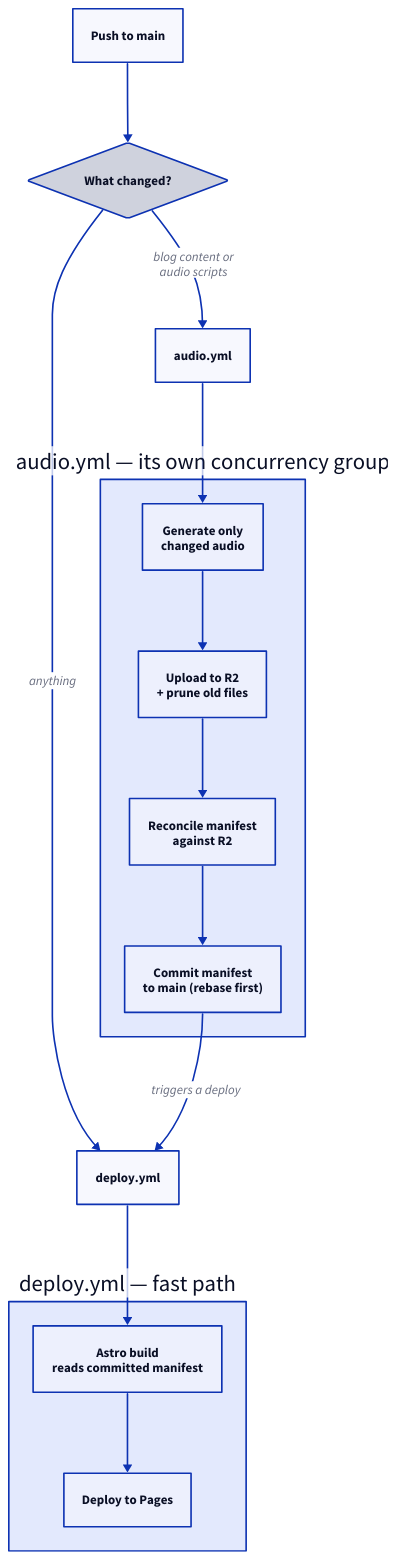
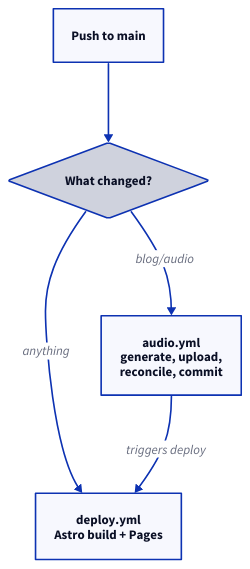
The sixth of 7 diagrams in src/content/blog/blog-audio-player.md (g-savitha/gsavitha.in), drawn with D2 before and after one commit. The commit also changed other lines of this file and 11 other files, not shown here.

````diff
--- a/src/content/blog/blog-audio-player.md
+++ b/src/content/blog/blog-audio-player.md
@@ -365,27 +330,11 @@
 ```d2
 direction: down
 PUSH: "Push to main" {class: content}
 Q: "What changed?" {shape: diamond; class: amber}
-AUDIO: audio.yml {class: violet}
-DEPLOY: deploy.yml {class: royal}
-AudioJob: "audio.yml — its own concurrency group" {
-  direction: down
-  GEN: "Generate only\nchanged audio" {class: violet}
-  UP: "Upload to R2\n+ prune old files" {class: violet}
-  REC: "Reconcile manifest\nagainst R2" {class: teal}
-  COMMIT: "Commit manifest\nto main (rebase first)" {class: emerald}
-  GEN -> UP -> REC -> COMMIT
-}
-DeployJob: "deploy.yml — fast path" {
-  direction: down
-  BUILD: "Astro build\nreads committed manifest" {class: royal}
-  PAGES: "Deploy to Pages" {class: emerald}
-  BUILD -> PAGES
-}
+AUDIO: "audio.yml\ngenerate, upload,\nreconcile, commit" {class: violet}
+DEPLOY: "deploy.yml\nAstro build + Pages" {class: royal}
 PUSH -> Q
-Q -> AUDIO: "blog content or\naudio scripts"
+Q -> AUDIO: "blog/audio"
 Q -> DEPLOY: anything
-AUDIO -> AudioJob.GEN
-AudioJob.COMMIT -> DEPLOY: "triggers a deploy"
-DEPLOY -> DeployJob.BUILD
+AUDIO -> DEPLOY: "triggers deploy"
 ```
````
